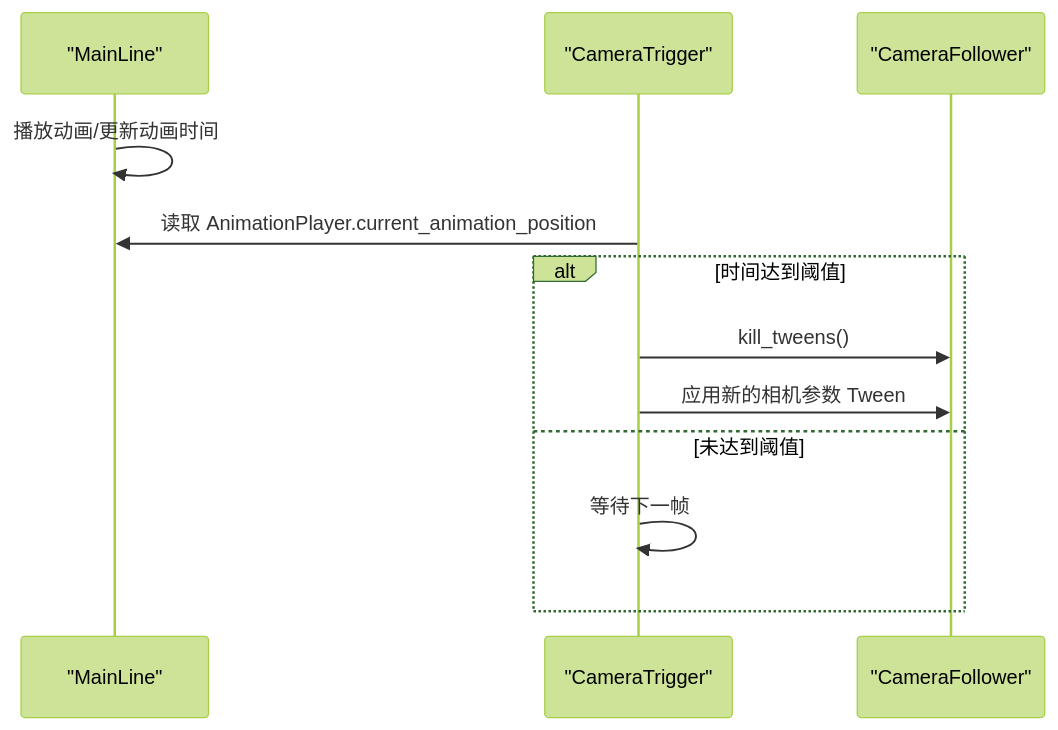
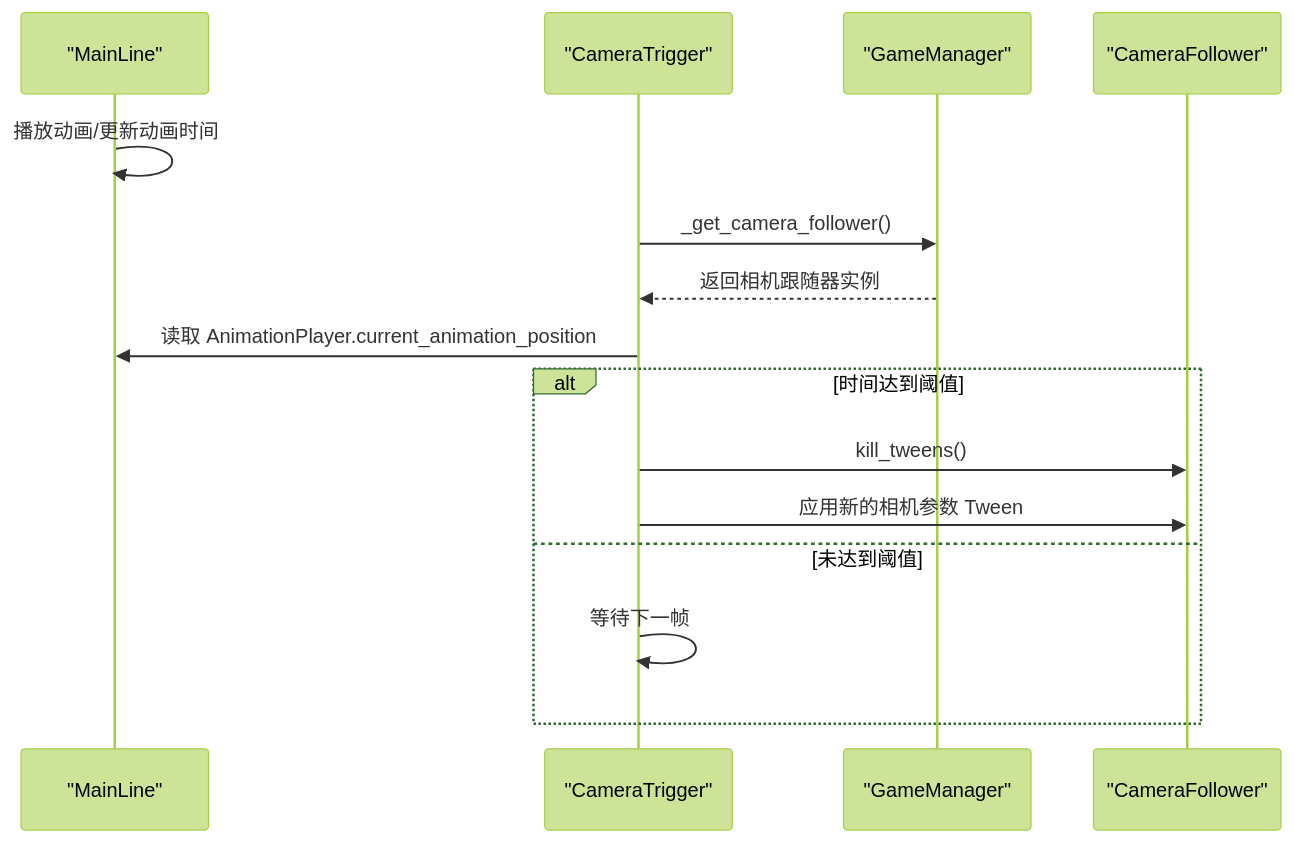
Before and after one commit to godotline/godot-line: the seventh of 8 diagrams in .qoder/repowiki/zh/content/游戏系统/触发器系统/相机触发器.md, drawn with Mermaid (forest theme). The commit also changed other lines of this file and 212 other files, not shown here.

````diff
--- a/.qoder/repowiki/zh/content/游戏系统/触发器系统/相机触发器.md
+++ b/.qoder/repowiki/zh/content/游戏系统/触发器系统/相机触发器.md
@@ -331,14 +371,17 @@
 ```mermaid
 sequenceDiagram
 participant ML as "MainLine"
 participant Trigger as "CameraTrigger"
+participant GameMgr as "GameManager"
 participant Follower as "CameraFollower"
 ML->>ML : 播放动画/更新动画时间
+Trigger->>GameMgr : _get_camera_follower()
+GameMgr-->>Trigger : 返回相机跟随器实例
 Trigger->>ML : 读取 AnimationPlayer.current_animation_position
 alt 时间达到阈值
 Trigger->>Follower : kill_tweens()
 Trigger->>Follower : 应用新的相机参数 Tween
 else 未达到阈值
 Trigger->>Trigger : 等待下一帧
 end
 ```
````
